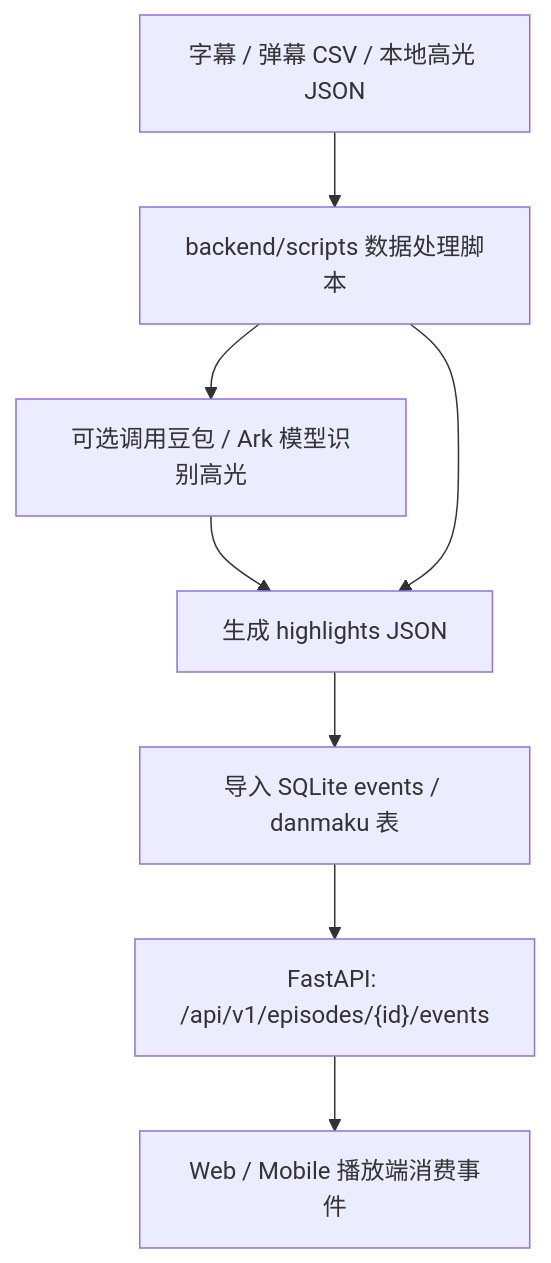
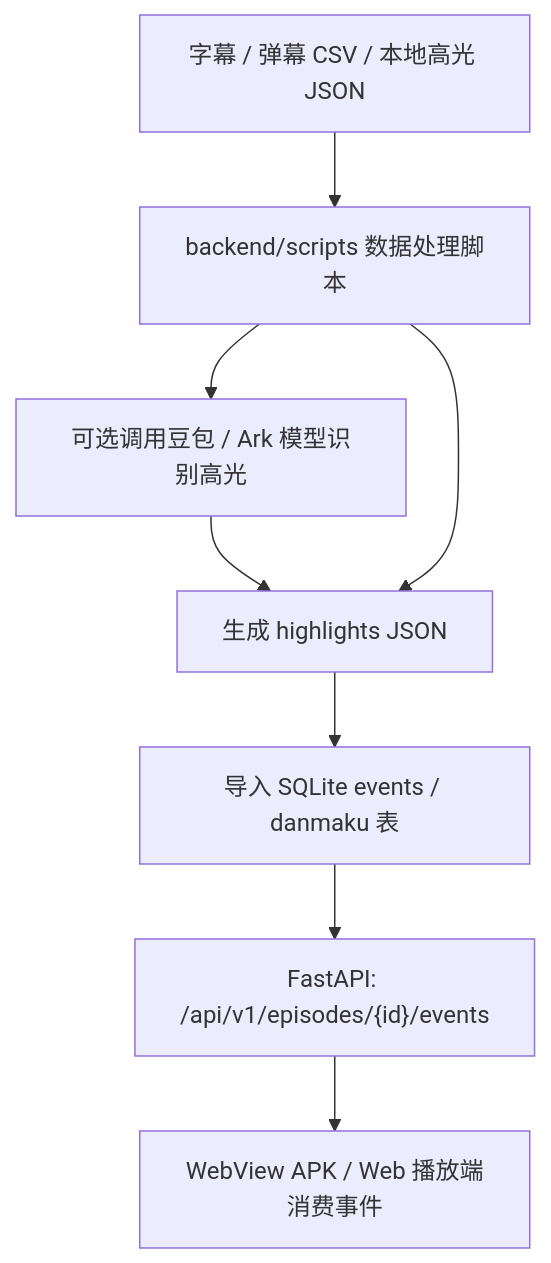
One commit to fyzzzz05/ShortVideo_Interactivate changed the second of 3 diagrams in docs/technical_report.md. Above: the diagram before and after it, drawn with Mermaid. The commit also changed other lines of this file and 60 other files, not shown here.

Commit message:
Add WebView APK packaging

````diff
--- a/docs/technical_report.md
+++ b/docs/technical_report.md
@@ -50,10 +51,10 @@
 ```mermaid
 flowchart TD
   A["字幕 / 弹幕 CSV / 本地高光 JSON"] --> B["backend/scripts 数据处理脚本"]
   B --> C["可选调用豆包 / Ark 模型识别高光"]
   C --> D["生成 highlights JSON"]
   B --> D
   D --> E["导入 SQLite events / danmaku 表"]
   E --> F["FastAPI: /api/v1/episodes/{id}/events"]
-  F --> G["Web / Mobile 播放端消费事件"]
+  F --> G["WebView APK / Web 播放端消费事件"]
 ```
````
